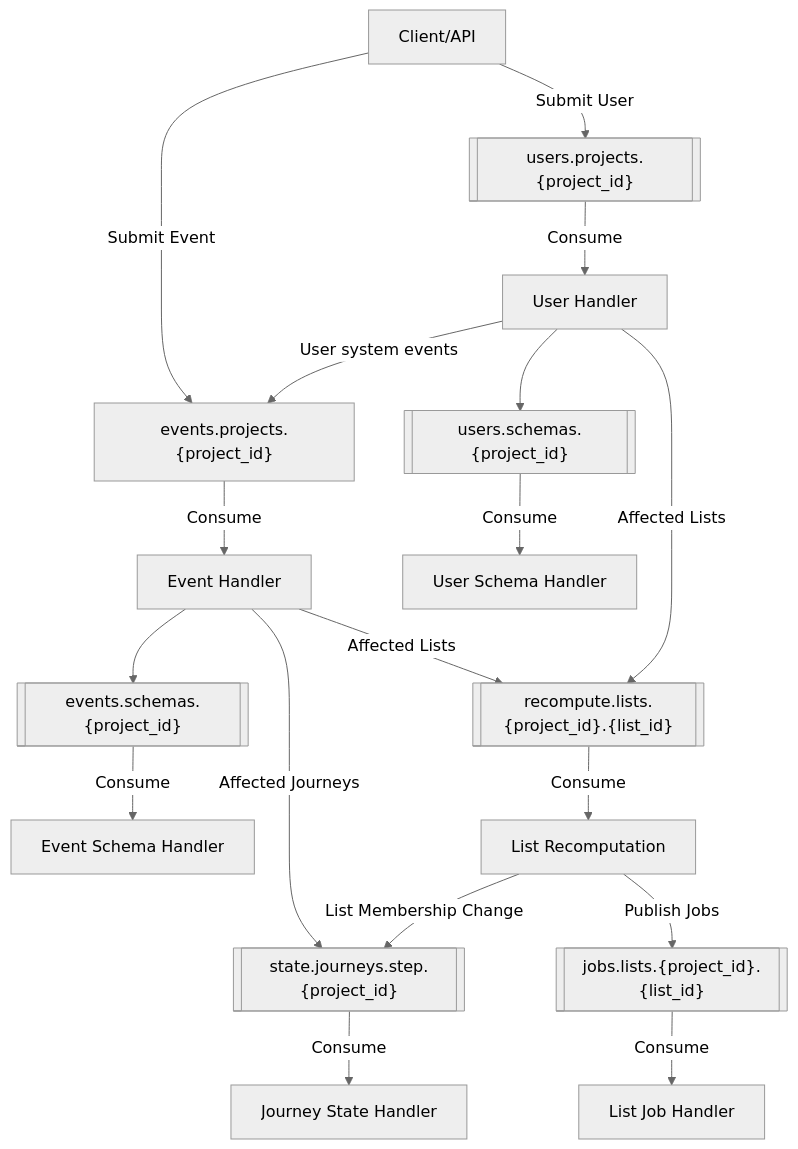
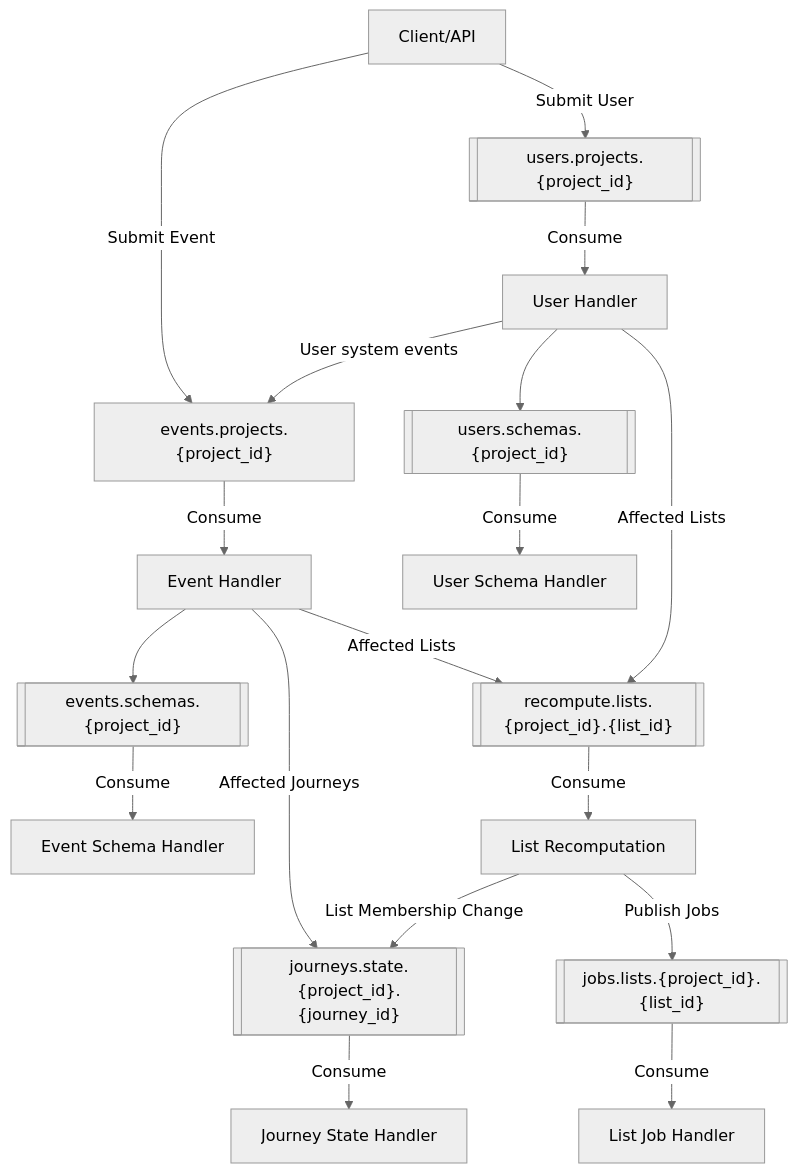
The diagram in services/nexus/internal/pubsub/README.md (lunogram/platform), drawn with Mermaid (neutral theme) before and after one commit. The commit also changed 57 other files, not shown here.

````diff
--- a/services/nexus/internal/pubsub/README.md
+++ b/services/nexus/internal/pubsub/README.md
@@ -11,33 +11,33 @@
 ```mermaid
 graph TB
     Client[Client/API] -->|Submit Event| EventSubject["events.projects.{project_id}"]
     Client -->|Submit User| UserSubject[["users.projects.{project_id}"]]
 
     EventSubject -->|Consume| EventHandler["Event Handler"]
     UserSubject -->|Consume| UserHandler["User Handler"]
 
     %% Schema publishing
     EventHandler --> EventSchemaSubject[["events.schemas.{project_id}"]]
     UserHandler --> UserSchemaSubject[["users.schemas.{project_id}"]]
 
     %% Recompute triggers from events
     EventHandler -->|Affected Lists| ListSubject[["recompute.lists.{project_id}.{list_id}"]]
-    EventHandler -->|Affected Journeys| JourneySubject[["state.journeys.step.{project_id}"]]
+    EventHandler -->|Affected Journeys| JourneySubject[["journeys.state.{project_id}.{journey_id}"]]
 
     %% Recompute triggers from users
     UserHandler -->|Affected Lists| ListSubject
     UserHandler -->|User system events| EventSubject
 
     %% Schema handlers
     EventSchemaSubject -->|Consume| EventSchemaHandler["Event Schema Handler"]
     UserSchemaSubject -->|Consume| UserSchemaHandler["User Schema Handler"]
 
     ListSubject -->|Consume| ListRecompute["List Recomputation"]
     JourneySubject -->|Consume| JourneyState["Journey State"]
 
     ListRecompute -->|Publish Jobs| ListJobSubject[["jobs.lists.{project_id}.{list_id}"]]
     ListRecompute -->|List Membership Change| JourneySubject
 
     ListJobSubject -->|Consume| ListJobHandler["List Job Handler"]
     JourneyState["Journey State Handler"]
 ```
````
